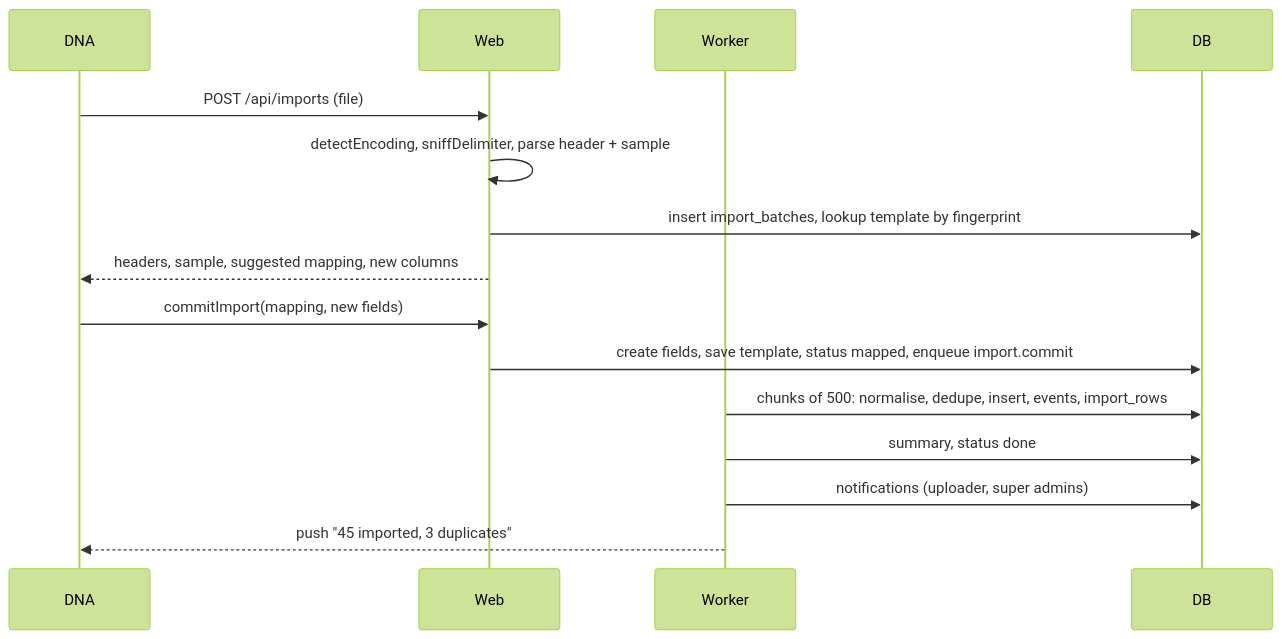
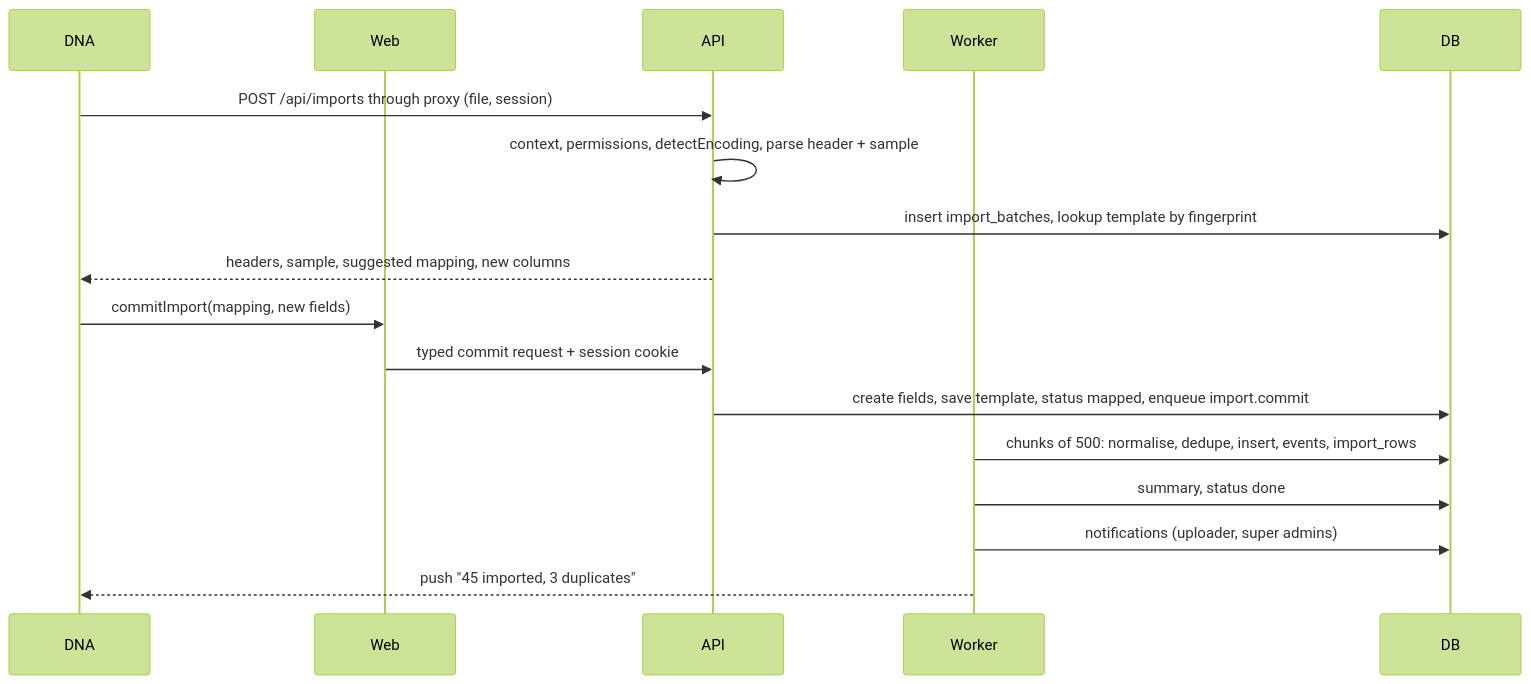
The fourth of 4 diagrams in docs/developer-design.md (iranjaya/anar), drawn with Mermaid (forest theme) before and after one commit. The commit also changed other lines of this file and 1 other file, not shown here.

Commit message:
docs: move the backend into a monorepo api and add the S0 spec

````diff
--- a/docs/developer-design.md
+++ b/docs/developer-design.md
@@ -517,17 +601,19 @@
 ```mermaid
 sequenceDiagram
   participant DNA
   participant Web
+  participant API
   participant Worker
   participant DB
-  DNA->>Web: POST /api/imports (file)
-  Web->>Web: detectEncoding, sniffDelimiter, parse header + sample
-  Web->>DB: insert import_batches, lookup template by fingerprint
-  Web-->>DNA: headers, sample, suggested mapping, new columns
+  DNA->>API: POST /api/imports through proxy (file, session)
+  API->>API: context, permissions, detectEncoding, parse header + sample
+  API->>DB: insert import_batches, lookup template by fingerprint
+  API-->>DNA: headers, sample, suggested mapping, new columns
   DNA->>Web: commitImport(mapping, new fields)
-  Web->>DB: create fields, save template, status mapped, enqueue import.commit
+  Web->>API: typed commit request + session cookie
+  API->>DB: create fields, save template, status mapped, enqueue import.commit
   Worker->>DB: chunks of 500: normalise, dedupe, insert, events, import_rows
   Worker->>DB: summary, status done
   Worker->>DB: notifications (uploader, super admins)
   Worker-->>DNA: push "45 imported, 3 duplicates"
 ```
````
